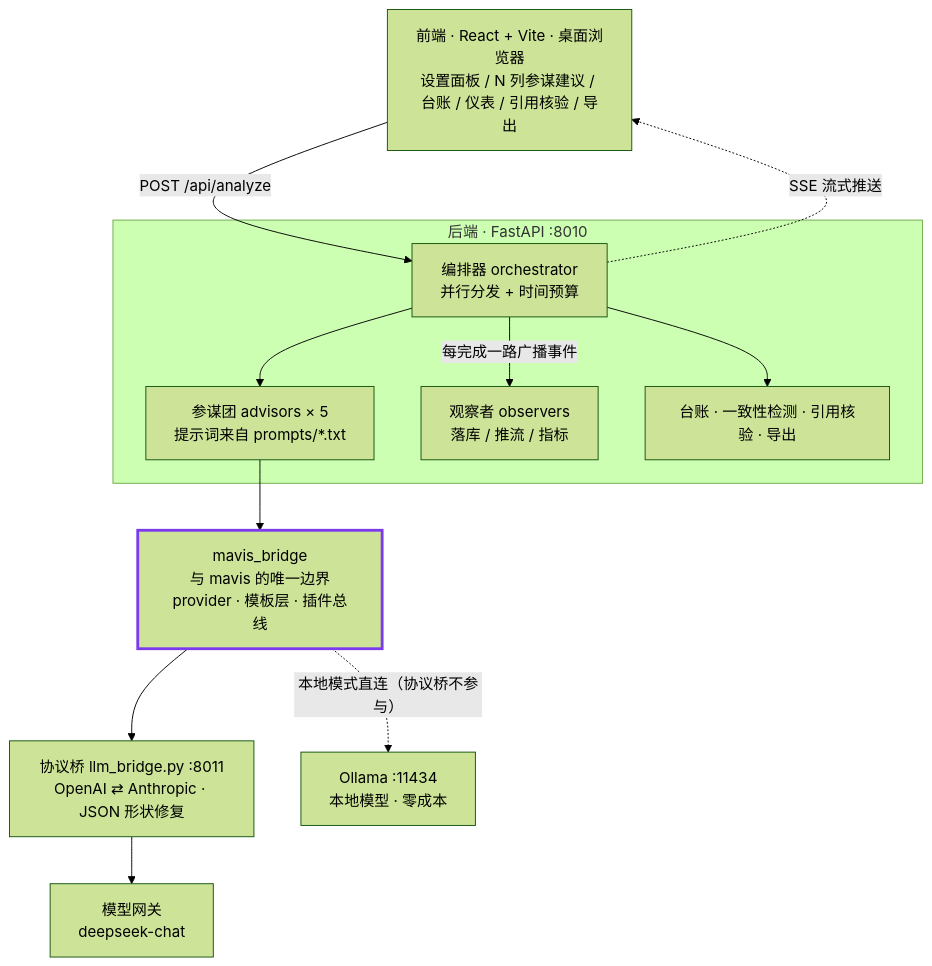
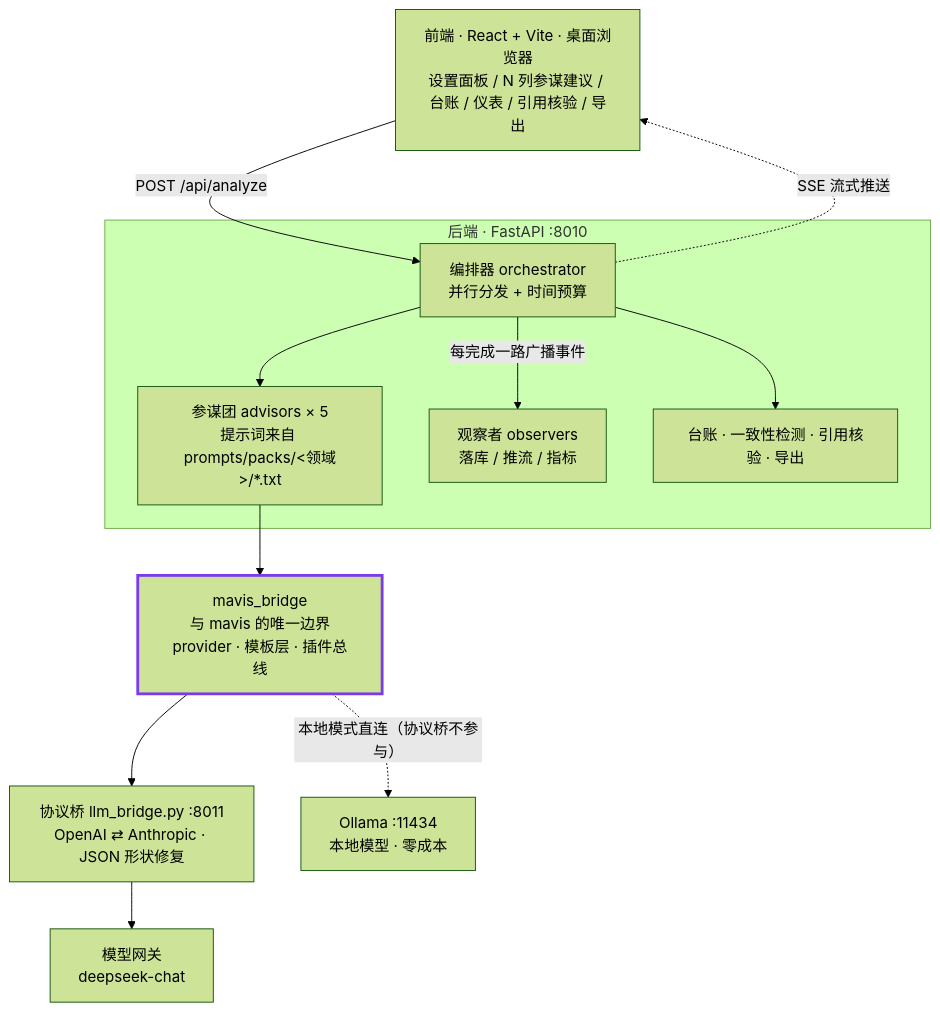
Before and after one commit to hellobs/ai-debater: the diagram in README.md, drawn with Mermaid (forest theme). The commit also changed other lines of this file and 3 other files, not shown here.

````diff
--- a/README.md
+++ b/README.md
@@ -201,29 +201,29 @@
 ```mermaid
 flowchart TB
     FE["前端 · React + Vite · 桌面浏览器<br/>设置面板 / N 列参谋建议 / 台账 / 仪表 / 引用核验 / 导出"]
 
     subgraph BE["后端 · FastAPI :8010"]
         OR["编排器 orchestrator<br/>并行分发 + 时间预算"]
-        ADV["参谋团 advisors × 5<br/>提示词来自 prompts/*.txt"]
+        ADV["参谋团 advisors × 5<br/>提示词来自 prompts/packs/&lt;领域&gt;/*.txt"]
         OBS["观察者 observers<br/>落库 / 推流 / 指标"]
         AUX["台账 · 一致性检测 · 引用核验 · 导出"]
     end
 
     MB["mavis_bridge<br/>与 mavis 的唯一边界<br/>provider · 模板层 · 插件总线"]
     BR["协议桥 llm_bridge.py :8011<br/>OpenAI ⇄ Anthropic · JSON 形状修复"]
     GW["模型网关<br/>deepseek-chat"]
     OL["Ollama :11434<br/>本地模型 · 零成本"]
 
     FE -- "POST /api/analyze" --> OR
     OR -. "SSE 流式推送" .-> FE
     OR --> ADV
     OR -- "每完成一路广播事件" --> OBS
     ADV --> MB
     MB --> BR
     BR --> GW
     MB -. "本地模式直连（协议桥不参与）" .-> OL
     OR --> AUX
 
     classDef mavis stroke:#7c3aed,stroke-width:3px
     class MB mavis
 ```
````
